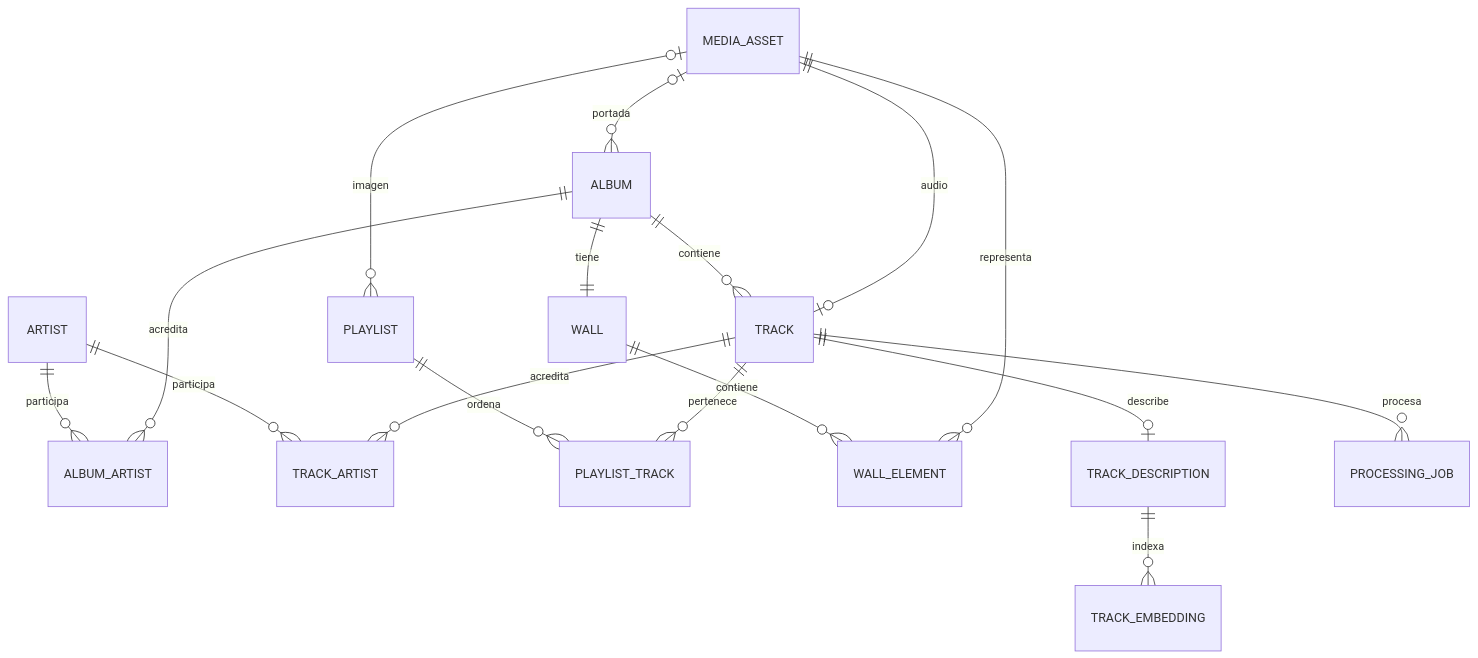
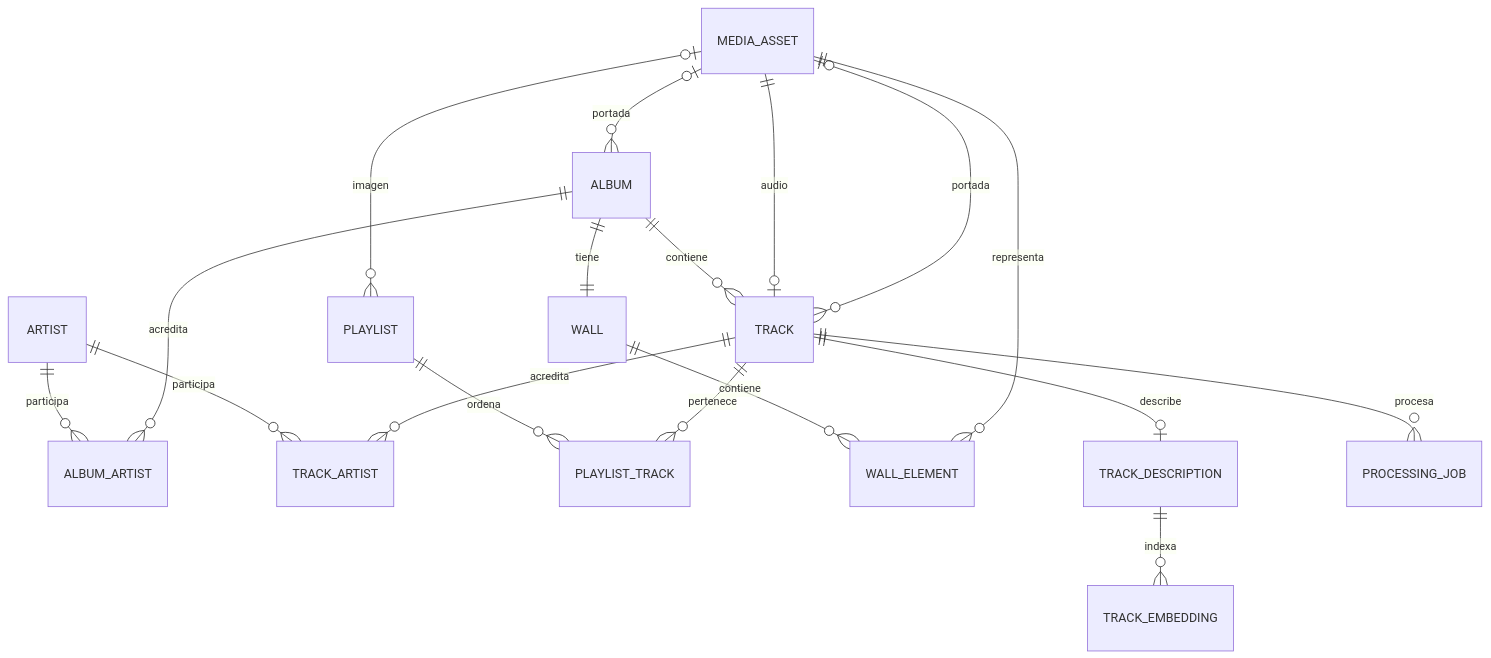
Before and after one commit to Juan2509/EchoBeats: the diagram in docs/MODELO_DATOS.md, drawn with Mermaid. The commit also changed other lines of this file and 28 other files, not shown here.

````diff
--- a/docs/MODELO_DATOS.md
+++ b/docs/MODELO_DATOS.md
@@ -21,19 +23,20 @@
 ```mermaid
 erDiagram
     ARTIST ||--o{ ALBUM_ARTIST : participa
     ALBUM ||--o{ ALBUM_ARTIST : acredita
     ARTIST ||--o{ TRACK_ARTIST : participa
     TRACK ||--o{ TRACK_ARTIST : acredita
     ALBUM ||--o{ TRACK : contiene
     MEDIA_ASSET ||--o| TRACK : audio
+    MEDIA_ASSET o|--o{ TRACK : portada
     MEDIA_ASSET o|--o{ ALBUM : portada
     PLAYLIST ||--o{ PLAYLIST_TRACK : ordena
     TRACK ||--o{ PLAYLIST_TRACK : pertenece
     MEDIA_ASSET o|--o{ PLAYLIST : imagen
     ALBUM ||--|| WALL : tiene
     WALL ||--o{ WALL_ELEMENT : contiene
     MEDIA_ASSET ||--o{ WALL_ELEMENT : representa
     TRACK ||--o| TRACK_DESCRIPTION : describe
     TRACK_DESCRIPTION ||--o{ TRACK_EMBEDDING : indexa
     TRACK ||--o{ PROCESSING_JOB : procesa
 ```
````
